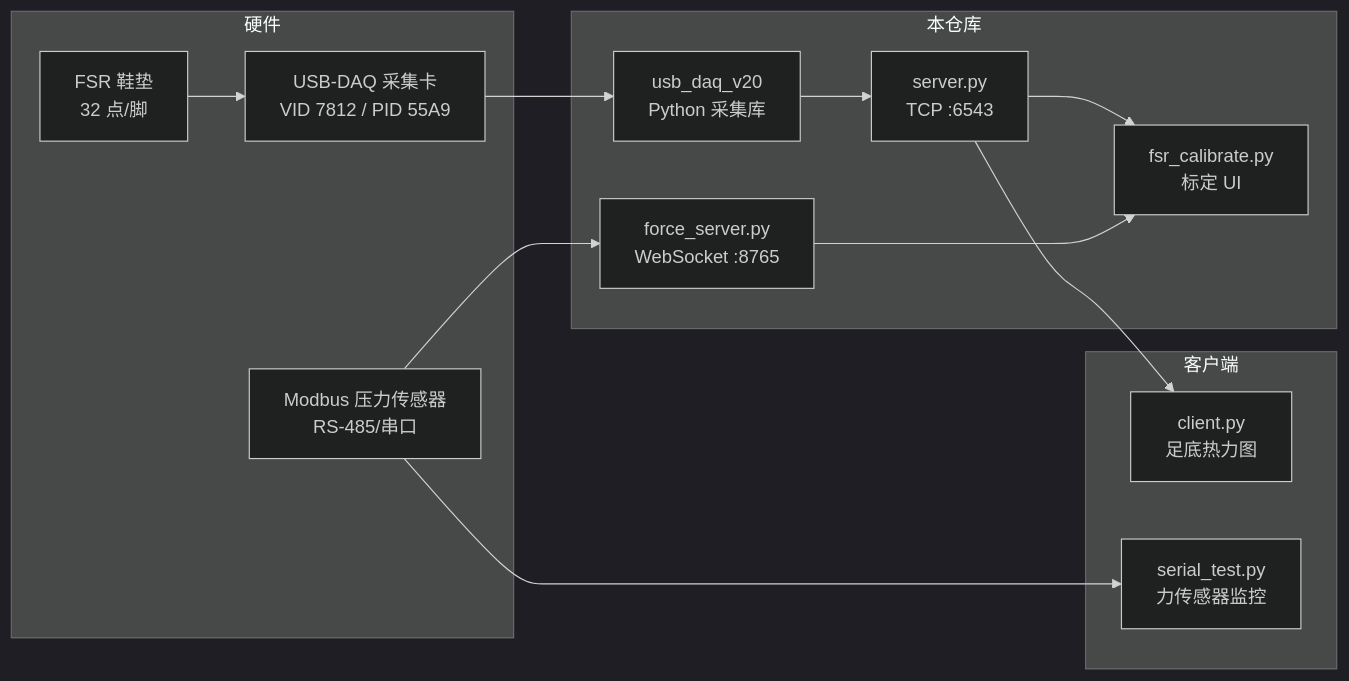
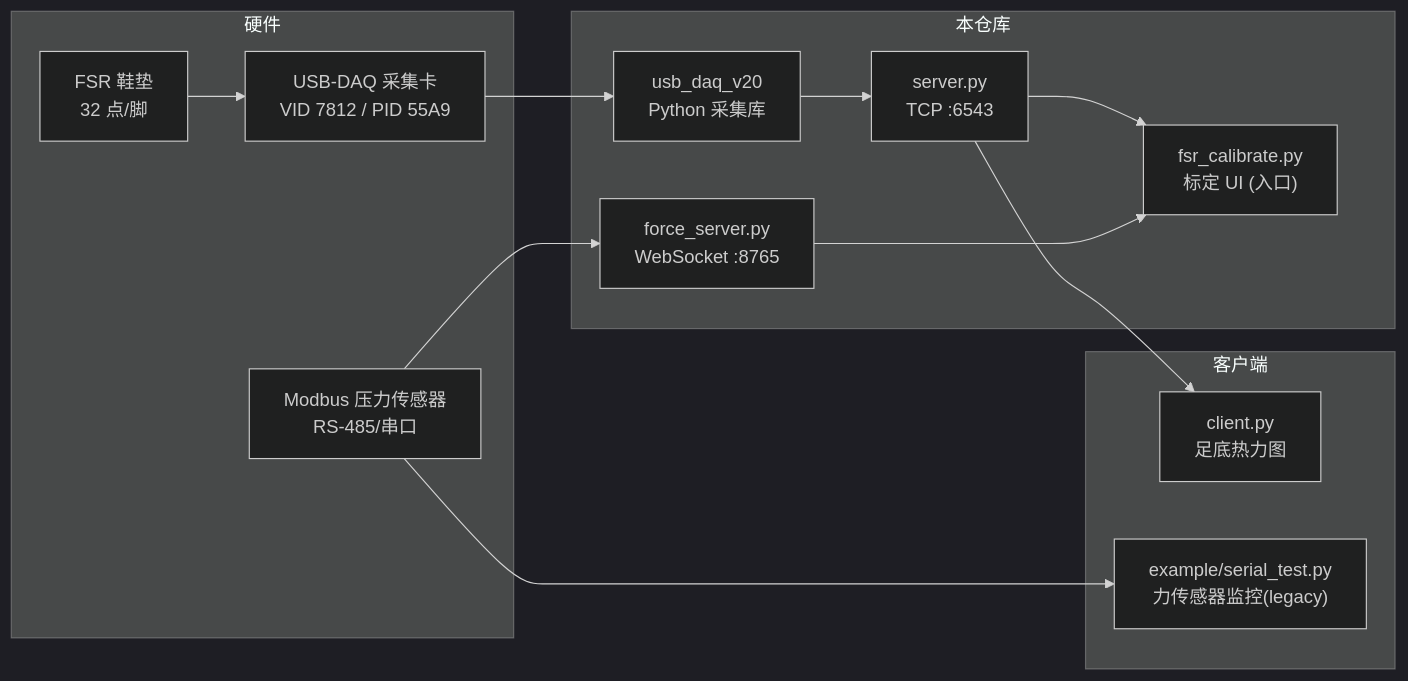
Before and after one commit to Junble19768/Magic-Insoles: the diagram in win-datacap/README.md, drawn with Mermaid (dark theme). The commit also changed other lines of this file and 14 other files, not shown here.

````diff
--- a/win-datacap/README.md
+++ b/win-datacap/README.md
@@ -11,27 +11,27 @@
 ```mermaid
 flowchart LR
     subgraph hardware [硬件]
         FSR["FSR 鞋垫\n32 点/脚"]
         DAQ["USB-DAQ 采集卡\nVID 7812 / PID 55A9"]
         Force["Modbus 压力传感器\nRS-485/串口"]
     end
 
     subgraph software [本仓库]
         Lib["usb_daq_v20\nPython 采集库"]
         Srv["server.py\nTCP :6543"]
         FSrv["force_server.py\nWebSocket :8765"]
-        Cal["fsr_calibrate.py\n标定 UI"]
+        Cal["fsr_calibrate.py\n标定 UI (入口)"]
     end
 
     subgraph clients [客户端]
         Client["client.py\n足底热力图"]
-        Serial["serial_test.py\n力传感器监控"]
+        Serial["example/serial_test.py\n力传感器监控(legacy)"]
     end
 
     FSR --> DAQ --> Lib --> Srv
     Force --> FSrv
     Srv --> Cal
     FSrv --> Cal
     Srv --> Client
     Force --> Serial
 ```
````
